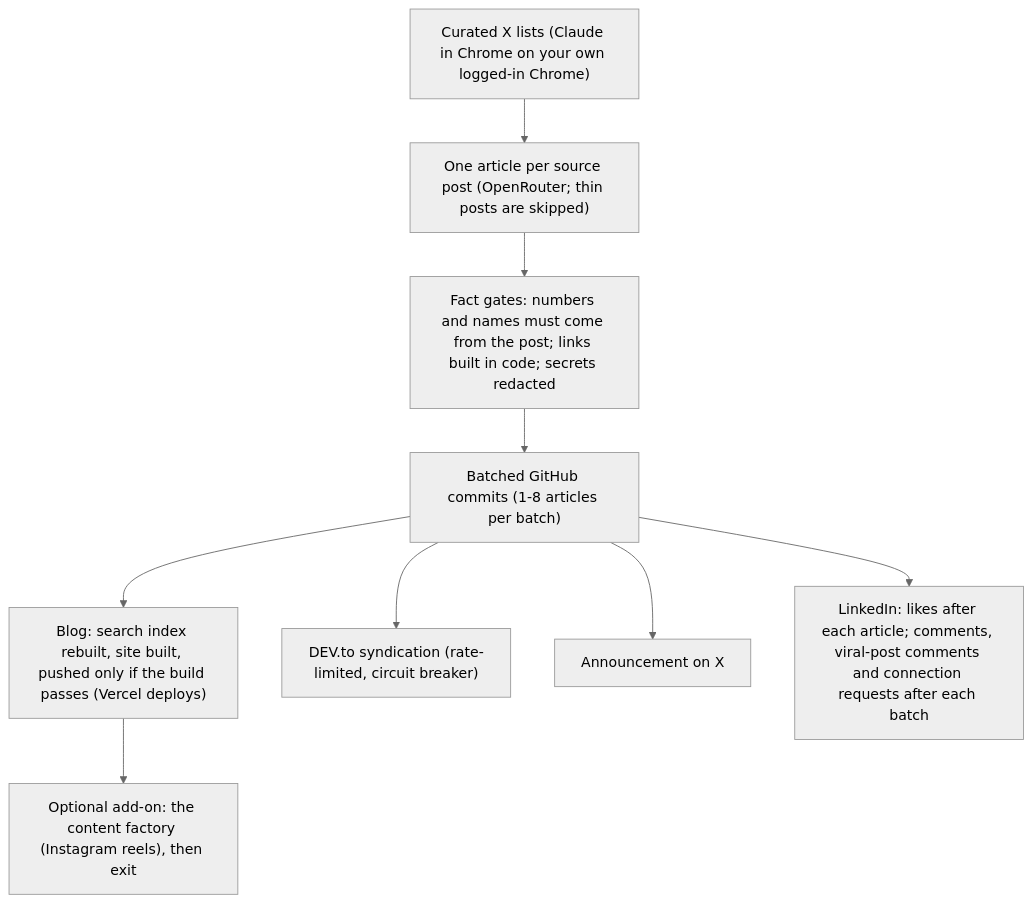
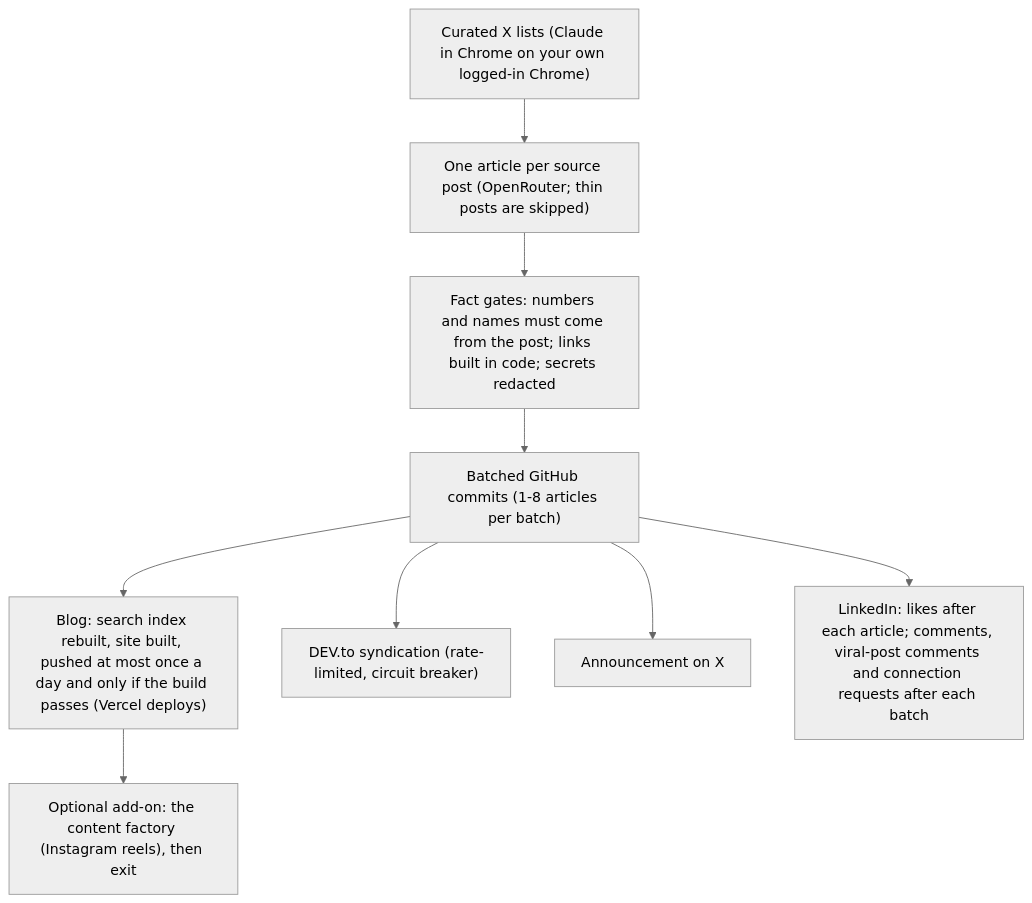
One commit to Drix10/ai-resources-pipeline changed the diagram in README.md. Above: the diagram before and after it, drawn with Mermaid (neutral theme). The commit also changed 12 other files, not shown here.

First line of the commit message:
Blog: one deploy a day, and only for blog changes; pages never revalidate; Node 24

````diff
--- a/README.md
+++ b/README.md
@@ -14,11 +14,11 @@
 ```mermaid
 flowchart TD
     A["Curated X lists (Claude in Chrome on your own logged-in Chrome)"] --> B["One article per source post (OpenRouter; thin posts are skipped)"]
     B --> C["Fact gates: numbers and names must come from the post; links built in code; secrets redacted"]
     C --> D["Batched GitHub commits (1-8 articles per batch)"]
-    D --> E["Blog: search index rebuilt, site built, pushed only if the build passes (Vercel deploys)"]
+    D --> E["Blog: search index rebuilt, site built, pushed at most once a day and only if the build passes (Vercel deploys)"]
     D --> F["DEV.to syndication (rate-limited, circuit breaker)"]
     D --> G["Announcement on X"]
     D --> H["LinkedIn: likes after each article; comments, viral-post comments and connection requests after each batch"]
     E --> I["Optional add-on: the content factory (Instagram reels), then exit"]
 ```
````
